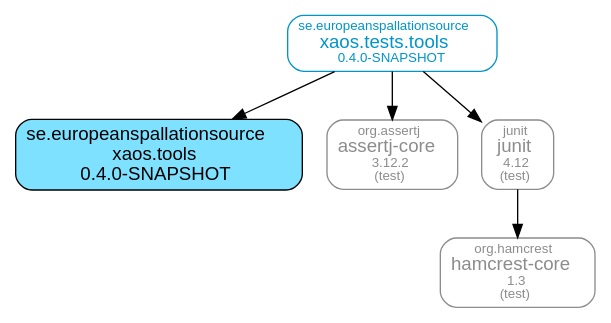
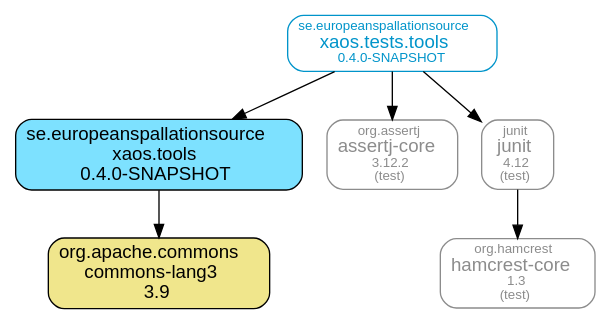
The diagram in xaos.tests.tools.module/doc/maven-dependencies.dot (ESSICS/XAOS), drawn with Graphviz before and after one commit. The commit also changed 24 other files, not shown here.

```diff
--- a/xaos.tests.tools.module/doc/maven-dependencies.dot
+++ b/xaos.tests.tools.module/doc/maven-dependencies.dot
@@ -1,17 +1,19 @@
 digraph "xaos.tests.tools" {
   node [shape="box",style="rounded",fontname="Helvetica",fontsize="14"]
   edge [fontsize="10",fontname="Helvetica"]
 
   // Node Definitions:
+  "se.europeanspallationsource:xaos.tools:jar"[shape="box",style="rounded, filled",fillcolor="#7DE1FF",label=<se.europeanspallationsource<br/>xaos.tools<br/>0.4.0-SNAPSHOT>]
+  "org.apache.commons:commons-lang3:jar"[shape="box",style="rounded, filled",fillcolor="khaki",label=<org.apache.commons<br/>commons-lang3<br/>3.9>]
   "se.europeanspallationsource:xaos.tests.tools:jar"[shape="box",style="rounded",color="#0094CA",fontname="Helvetica",fontsize="14",fontcolor="#0094CA",label=<<font color="#0094CA" point-size="10">se.europeanspallationsource</font><br/>xaos.tests.tools<font color="#0094CA" point-size="10"><br/>0.4.0-SNAPSHOT</font>>]
-  "se.europeanspallationsource:xaos.tools:jar"[shape="box",style="rounded, filled",fillcolor="#7DE1FF",label=<se.europeanspallationsource<br/>xaos.tools<br/>0.4.0-SNAPSHOT>]
   "org.assertj:assertj-core:jar"[shape="box",style="rounded",color="grey55",fontname="Helvetica",fontsize="14",fontcolor="grey55",label=<<font color="grey55" point-size="10">org.assertj</font><br/>assertj-core<font color="grey55" point-size="10"><br/>3.12.2</font><font color="grey55" point-size="10"><br/>(test)</font>>]
   "junit:junit:jar"[shape="box",style="rounded",color="grey55",fontname="Helvetica",fontsize="14",fontcolor="grey55",label=<<font color="grey55" point-size="10">junit</font><br/>junit<font color="grey55" point-size="10"><br/>4.12</font><font color="grey55" point-size="10"><br/>(test)</font>>]
   "org.hamcrest:hamcrest-core:jar"[shape="box",style="rounded",color="grey55",fontname="Helvetica",fontsize="14",fontcolor="grey55",label=<<font color="grey55" point-size="10">org.hamcrest</font><br/>hamcrest-core<font color="grey55" point-size="10"><br/>1.3</font><font color="grey55" point-size="10"><br/>(test)</font>>]
 
   // Edge Definitions:
+  "se.europeanspallationsource:xaos.tools:jar" -> "org.apache.commons:commons-lang3:jar"
   "se.europeanspallationsource:xaos.tests.tools:jar" -> "se.europeanspallationsource:xaos.tools:jar"
   "se.europeanspallationsource:xaos.tests.tools:jar" -> "org.assertj:assertj-core:jar"
   "junit:junit:jar" -> "org.hamcrest:hamcrest-core:jar"
   "se.europeanspallationsource:xaos.tests.tools:jar" -> "junit:junit:jar"
 }
```
